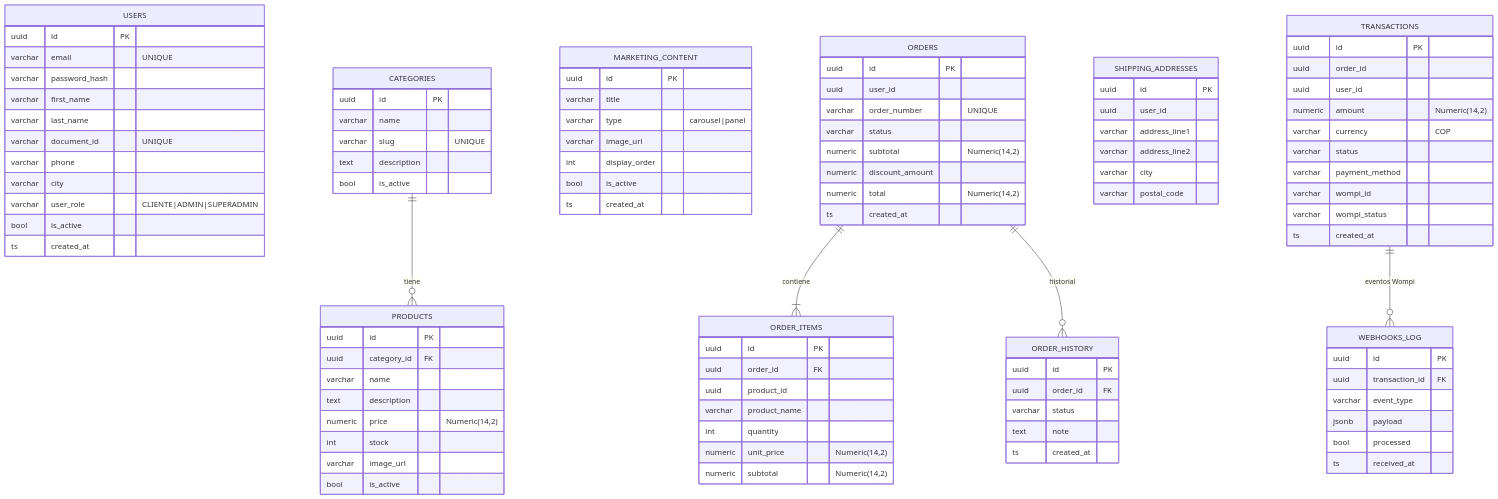
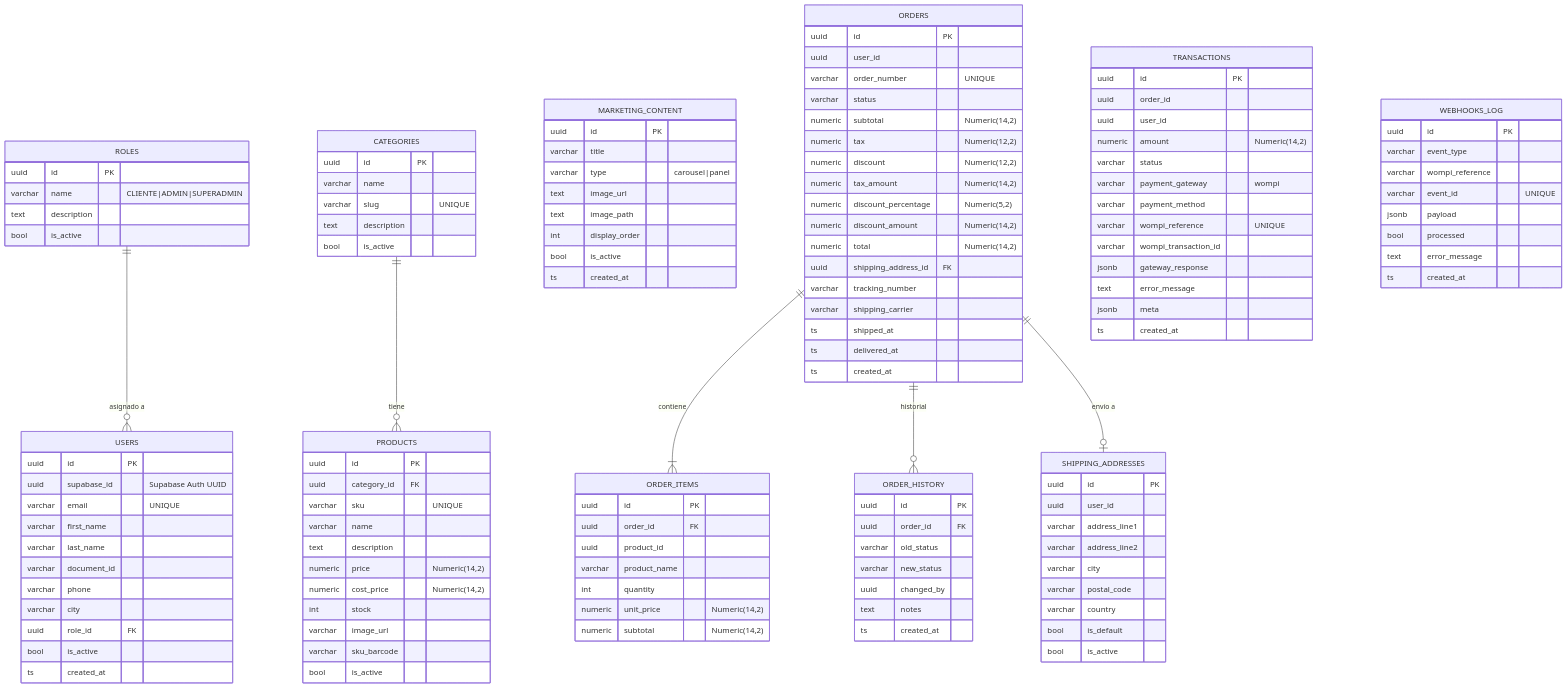
Before and after one commit to papeleriaboyaca-dev/papeleriaboyaca: the fifth of 6 diagrams in README.md, drawn with Mermaid. The commit also changed other lines of this file and 1 other file, not shown here.

Commit message:
Corrige diagrama ER y elimina Supabase URL hardcodeada
ER diagram actualizado con el schema real de producción.
SUPABASE_URL removida del default en config.py de identity-service.

````diff
--- a/README.md
+++ b/README.md
@@ -176,43 +176,53 @@
     direction TB
 
     %% ══ identity_service ════════════════════════════
+    ROLES {
+        uuid    id          PK
+        varchar name        "CLIENTE|ADMIN|SUPERADMIN"
+        text    description
+        bool    is_active
+    }
     USERS {
         uuid    id          PK
+        uuid    supabase_id "Supabase Auth UUID"
         varchar email       "UNIQUE"
-        varchar password_hash
         varchar first_name
         varchar last_name
-        varchar document_id "UNIQUE"
+        varchar document_id
         varchar phone
         varchar city
-        varchar user_role   "CLIENTE|ADMIN|SUPERADMIN"
+        uuid    role_id     FK
         bool    is_active
         ts      created_at
     }
 
     %% ══ catalog_service ═════════════════════════════
     CATEGORIES {
-        uuid    id    PK
+        uuid    id          PK
         varchar name
-        varchar slug  "UNIQUE"
+        varchar slug        "UNIQUE"
         text    description
         bool    is_active
     }
     PRODUCTS {
         uuid    id          PK
         uuid    category_id FK
+        varchar sku         "UNIQUE"
         varchar name
         text    description
         numeric price       "Numeric(14,2)"
+        numeric cost_price  "Numeric(14,2)"
         int     stock
         varchar image_url
+        varchar sku_barcode
         bool    is_active
     }
     MARKETING_CONTENT {
         uuid    id            PK
         varchar title
         varchar type          "carousel|panel"
-        varchar image_url
+        text    image_url
+        text    image_path
         int     display_order
         bool    is_active
         ts      created_at
@@ -220,13 +230,22 @@
 
     %% ══ order_service ═══════════════════════════════
     ORDERS {
-        uuid    id             PK
+        uuid    id                  PK
         uuid    user_id
-        varchar order_number   "UNIQUE"
+        varchar order_number        "UNIQUE"
         varchar status
-        numeric subtotal       "Numeric(14,2)"
-        numeric discount_amount
-        numeric total          "Numeric(14,2)"
+        numeric subtotal            "Numeric(14,2)"
+        numeric tax                 "Numeric(12,2)"
+        numeric discount            "Numeric(12,2)"
+        numeric tax_amount          "Numeric(14,2)"
+        numeric discount_percentage "Numeric(5,2)"
+        numeric discount_amount     "Numeric(14,2)"
+        numeric total               "Numeric(14,2)"
+        uuid    shipping_address_id FK
+        varchar tracking_number
+        varchar shipping_carrier
+        ts      shipped_at
+        ts      delivered_at
         ts      created_at
     }
     ORDER_ITEMS {
@@ -245,39 +264,50 @@
         varchar address_line2
         varchar city
         varchar postal_code
+        varchar country
+        bool    is_default
+        bool    is_active
     }
     ORDER_HISTORY {
-        uuid    id        PK
-        uuid    order_id  FK
-        varchar status
-        text    note
+        uuid    id         PK
+        uuid    order_id   FK
+        varchar old_status
+        varchar new_status
+        uuid    changed_by
+        text    notes
         ts      created_at
     }
 
     %% ══ payment_service ═════════════════════════════
     TRANSACTIONS {
-        uuid    id             PK
+        uuid    id                   PK
         uuid    order_id
         uuid    user_id
-        numeric amount         "Numeric(14,2)"
-        varchar currency       "COP"
+        numeric amount               "Numeric(14,2)"
         varchar status
+        varchar payment_gateway      "wompi"
         varchar payment_method
-        varchar wompi_id
-        varchar wompi_status
+        varchar wompi_reference      "UNIQUE"
+        varchar wompi_transaction_id
+        jsonb   gateway_response
+        text    error_message
+        jsonb   meta
         ts      created_at
     }
     WEBHOOKS_LOG {
         uuid    id              PK
-        uuid    transaction_id  FK
         varchar event_type
+        varchar wompi_reference
+        varchar event_id        "UNIQUE"
         jsonb   payload
         bool    processed
-        ts      received_at
+        text    error_message
+        ts      created_at
     }
 
-    CATEGORIES ||--o{ PRODUCTS : "tiene"
-    ORDERS     ||--|{ ORDER_ITEMS : "contiene"
-    ORDERS     ||--o{ ORDER_HISTORY : "historial"
-    TRANSACTIONS ||--o{ WEBHOOKS_LOG : "eventos Wompi"
+    ROLES         ||--o{ USERS         : "asignado a"
+    CATEGORIES    ||--o{ PRODUCTS      : "tiene"
+    ORDERS        ||--|{ ORDER_ITEMS   : "contiene"
+    ORDERS        ||--o{ ORDER_HISTORY : "historial"
+    ORDERS        ||--o| SHIPPING_ADDRESSES : "envío a"
 ```
````
